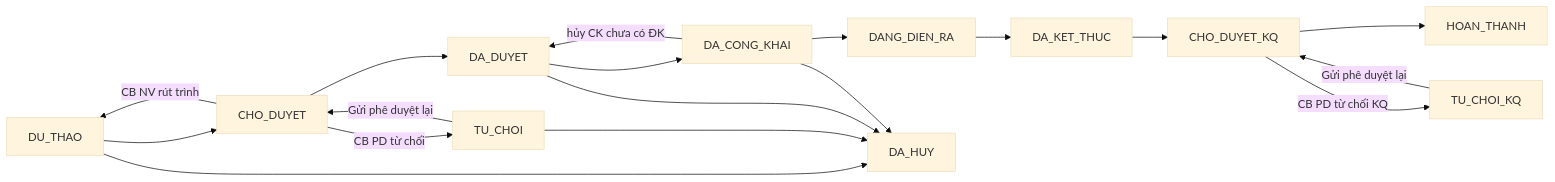
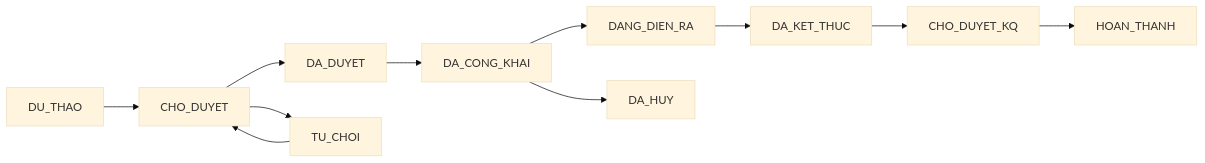
Before and after one commit to diupt2008/pm-htpldn: the first of 4 diagrams in input/srs-update-2026-5-5/srs-fr-03-dao-tao.md, drawn with Mermaid (base theme). The commit also changed other lines of this file and 136 other files, not shown here.

````diff
--- a/input/srs-update-2026-5-5/srs-fr-03-dao-tao.md
+++ b/input/srs-update-2026-5-5/srs-fr-03-dao-tao.md
@@ -64,20 +51,13 @@
 ```mermaid
 graph LR
     A[DU_THAO] --> B[CHO_DUYET]
     B --> C[DA_DUYET]
-    B -->|CB PD từ chối| K[TU_CHOI]
-    K -->|Gửi phê duyệt lại| B
-    B -->|CB NV rút trình| A
+    B --> D[TU_CHOI]
+    D --> B
     C --> E[DA_CONG_KHAI]
-    E -->|hủy CK chưa có ĐK| C
     E --> F[DANG_DIEN_RA]
     F --> G[DA_KET_THUC]
     G --> H[CHO_DUYET_KQ]
     H --> I[HOAN_THANH]
-    H -->|CB PD từ chối KQ| L[TU_CHOI_KQ]
-    L -->|Gửi phê duyệt lại| H
-    A --> J[DA_HUY]
-    K --> J
-    C --> J
-    E --> J
+    E --> J[DA_HUY]
 ```
````
